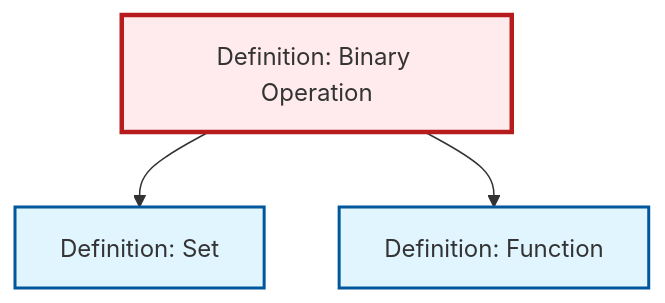
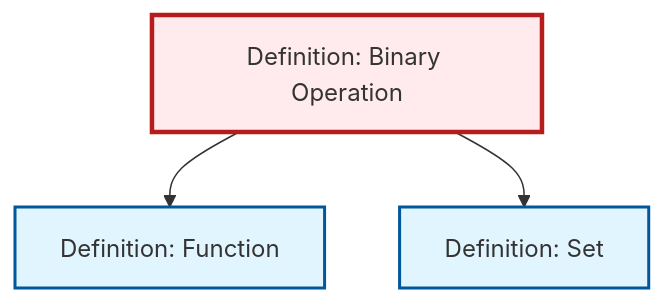
The diagram in content/en/algebra/def-binary-operation.qmd (RK0429/ModernMath), drawn with Mermaid before and after one commit. The commit also changed other lines of this file and 1012 other files, not shown here.

````diff
--- a/content/en/algebra/def-binary-operation.qmd
+++ b/content/en/algebra/def-binary-operation.qmd
@@ -53,17 +53,17 @@
 ```{mermaid}
 %%| fig-cap: "Local dependency graph"
 graph TD
     classDef definition fill:#e1f5fe,stroke:#01579b,stroke-width:2px
     classDef theorem fill:#f3e5f5,stroke:#4a148c,stroke-width:2px
     classDef axiom fill:#fff3e0,stroke:#e65100,stroke-width:2px
     classDef example fill:#e8f5e9,stroke:#1b5e20,stroke-width:2px
     classDef current fill:#ffebee,stroke:#b71c1c,stroke-width:3px
+    def-binary-operation["Definition: Binary Operation"]:::definition
     def-function["Definition: Function"]:::definition
-    def-binary-operation["Definition: Binary Operation"]:::definition
     def-set["Definition: Set"]:::definition
+    def-binary-operation --> def-function
     def-binary-operation --> def-set
-    def-binary-operation --> def-function
     class def-binary-operation current
     click def-function "def-function.html" "Go to Function definition"
     click def-set "def-set.html" "Go to Set definition"
 ```
````
